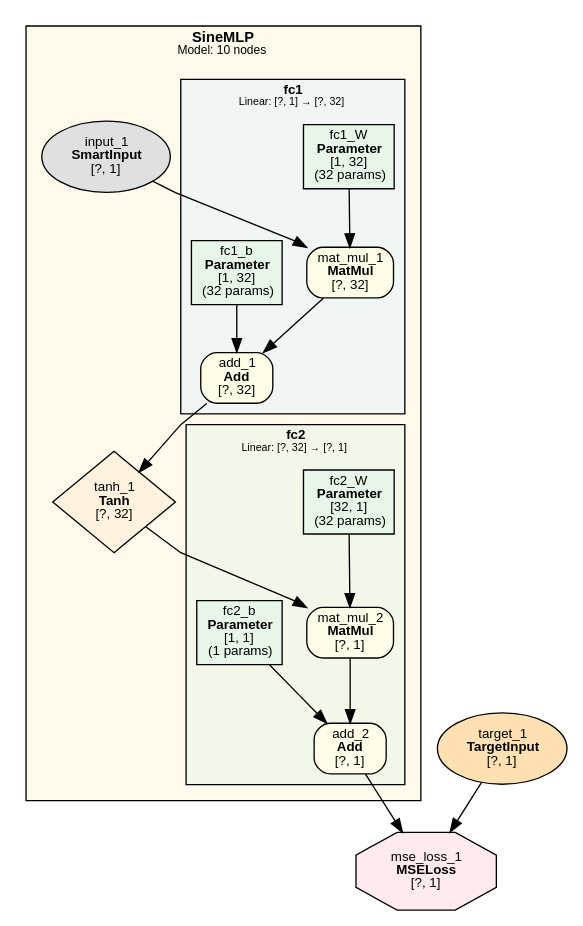
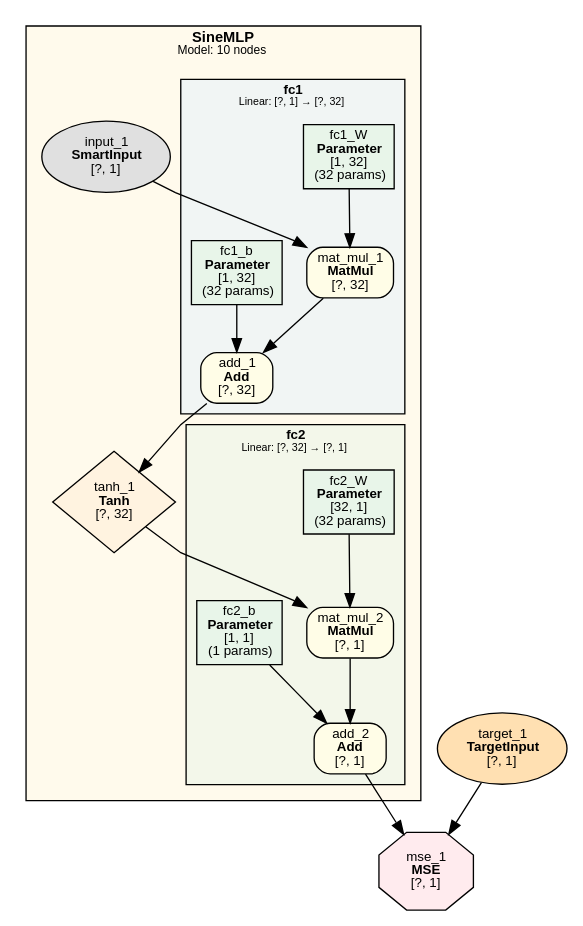
Before and after one commit to dbsxdbsx/only_torch: the diagram in examples/sine_regression/sine_regression.dot, drawn with Graphviz. The commit also changed 30 other files, not shown here.

First line of the commit message:
refactor: 统一底层损失节点命名（MSELoss → MSE）

```diff
--- a/examples/sine_regression/sine_regression.dot
+++ b/examples/sine_regression/sine_regression.dot
@@ -1,57 +1,57 @@
 digraph Model {
     rankdir=TB;
     newrank=true;
     splines=polyline;
     node [fontname="Microsoft YaHei,SimHei,Arial"];
     edge [fontname="Microsoft YaHei,SimHei,Arial"];
 
     subgraph cluster_SineMLP {
         label=<<B>SineMLP</B><BR/><FONT POINT-SIZE="9">Model: 10 nodes</FONT>>;
         style=filled;
         fillcolor="#FFECB340";
         fontname="Microsoft YaHei,SimHei,Arial";
         fontsize=11;
         margin=12;
         subgraph cluster_SineMLP_fc1 {
             label=<<B>fc1</B><BR/><FONT POINT-SIZE="8">Linear: [?, 1] → [?, 32]</FONT>>;
             style=filled;
             fillcolor="#E3F2FD80";
             fontname="Microsoft YaHei,SimHei,Arial";
             fontsize=10;
             margin=8;
             "1" [label=<fc1_W<BR/><B>Parameter</B><BR/>[1, 32]<BR/>(32 params)> shape=box style=filled fillcolor="#E8F5E9" fontsize=10];
             "2" [label=<fc1_b<BR/><B>Parameter</B><BR/>[1, 32]<BR/>(32 params)> shape=box style=filled fillcolor="#E8F5E9" fontsize=10];
             "6" [label=<mat_mul_1<BR/><B>MatMul</B><BR/>[?, 32]> shape=box style="filled,rounded" fillcolor="#FFFDE7" fontsize=10];
             "7" [label=<add_1<BR/><B>Add</B><BR/>[?, 32]> shape=box style="filled,rounded" fillcolor="#FFFDE7" fontsize=10];
         }
         subgraph cluster_SineMLP_fc2 {
             label=<<B>fc2</B><BR/><FONT POINT-SIZE="8">Linear: [?, 32] → [?, 1]</FONT>>;
             style=filled;
             fillcolor="#E8F5E980";
             fontname="Microsoft YaHei,SimHei,Arial";
             fontsize=10;
             margin=8;
             "3" [label=<fc2_W<BR/><B>Parameter</B><BR/>[32, 1]<BR/>(32 params)> shape=box style=filled fillcolor="#E8F5E9" fontsize=10];
             "4" [label=<fc2_b<BR/><B>Parameter</B><BR/>[1, 1]<BR/>(1 params)> shape=box style=filled fillcolor="#E8F5E9" fontsize=10];
             "9" [label=<mat_mul_2<BR/><B>MatMul</B><BR/>[?, 1]> shape=box style="filled,rounded" fillcolor="#FFFDE7" fontsize=10];
             "10" [label=<add_2<BR/><B>Add</B><BR/>[?, 1]> shape=box style="filled,rounded" fillcolor="#FFFDE7" fontsize=10];
         }
             "5" [label=<input_1<BR/><B>SmartInput</B><BR/>[?, 1]> shape=ellipse style=filled fillcolor="#E0E0E0" fontsize=10];
             "8" [label=<tanh_1<BR/><B>Tanh</B><BR/>[?, 32]> shape=diamond style=filled fillcolor="#FFF3E0" fontsize=10];
     }
 
     "11" [label=<target_1<BR/><B>TargetInput</B><BR/>[?, 1]> shape=ellipse style=filled fillcolor="#FFE0B2" fontsize=10];
-    "12" [label=<mse_loss_1<BR/><B>MSELoss</B><BR/>[?, 1]> shape=octagon style=filled fillcolor="#FFEBEE" fontsize=10];
+    "12" [label=<mse_1<BR/><B>MSE</B><BR/>[?, 1]> shape=octagon style=filled fillcolor="#FFEBEE" fontsize=10];
 
     "5" -> "6";
     "1" -> "6";
     "6" -> "7";
     "2" -> "7";
     "7" -> "8";
     "8" -> "9";
     "3" -> "9";
     "9" -> "10";
     "4" -> "10";
     "10" -> "12";
     "11" -> "12";
 }
```
